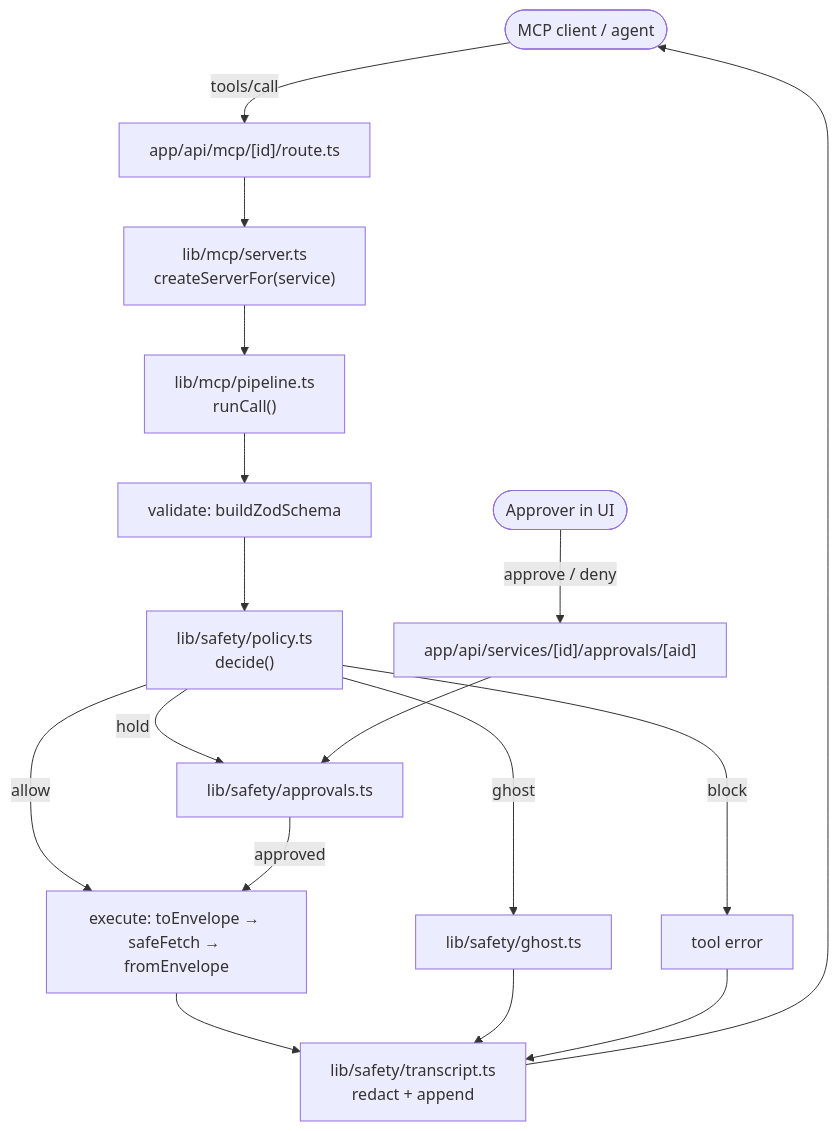
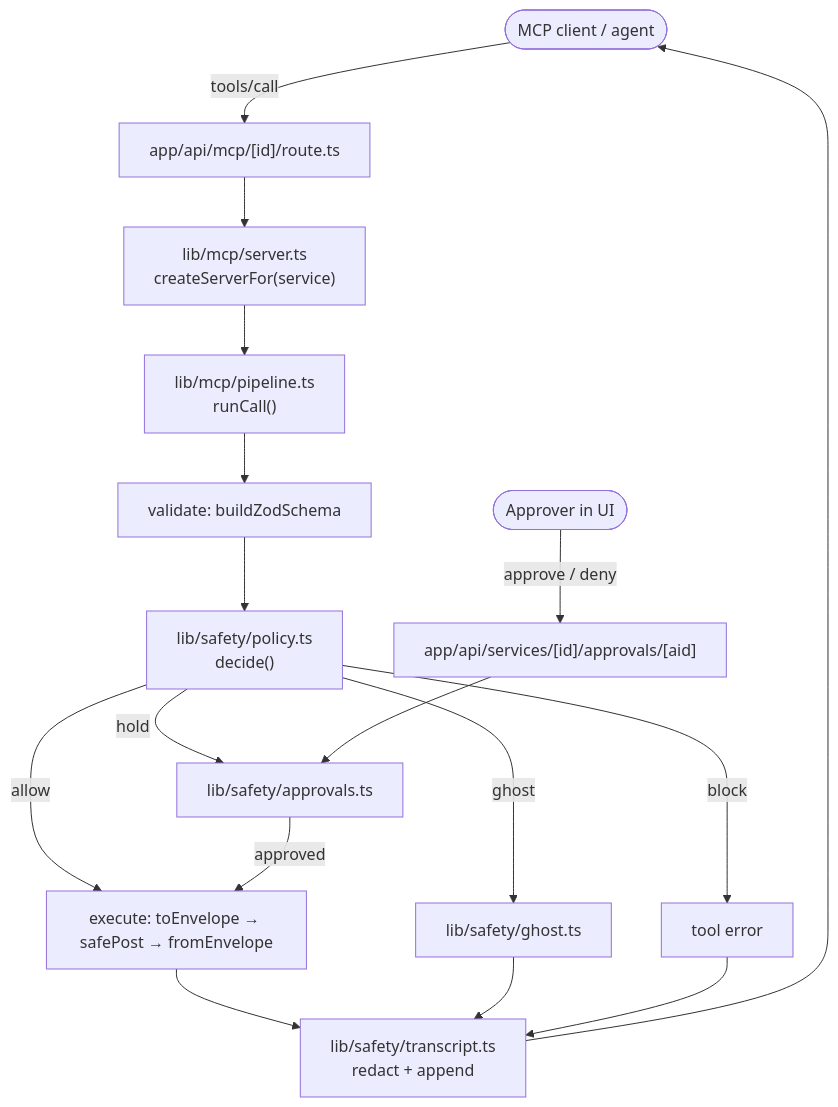
The diagram in .kiro/specs/mcp-gateway/design.md (AutoShiftOps/lazarus), drawn with Mermaid before and after one commit. The commit also changed other lines of this file and 3 other files, not shown here.

Commit message:
docs(specs): mcp-gateway adds safePost, reuses owner-token; ask-the-medium note

````diff
--- a/.kiro/specs/mcp-gateway/design.md
+++ b/.kiro/specs/mcp-gateway/design.md
@@ -7,19 +7,19 @@
 ```mermaid
 flowchart TD
   Agent([MCP client / agent]) -->|tools/call| Route["app/api/mcp/[id]/route.ts"]
   Route --> Server["lib/mcp/server.ts\ncreateServerFor(service)"]
   Server --> Pipe["lib/mcp/pipeline.ts\nrunCall()"]
   Pipe --> V[validate: buildZodSchema]
   V --> P["lib/safety/policy.ts\ndecide()"]
-  P -->|allow| X[execute: toEnvelope → safeFetch → fromEnvelope]
+  P -->|allow| X[execute: toEnvelope → safePost → fromEnvelope]
   P -->|hold| A["lib/safety/approvals.ts"]
   P -->|ghost| G["lib/safety/ghost.ts"]
   P -->|block| B[tool error]
   A -->|approved| X
   X --> T["lib/safety/transcript.ts\nredact + append"]
   G --> T
   B --> T
   T --> Agent
   Human([Approver in UI]) -->|approve / deny| API["app/api/services/[id]/approvals/[aid]"]
   API --> A
 ```
````
